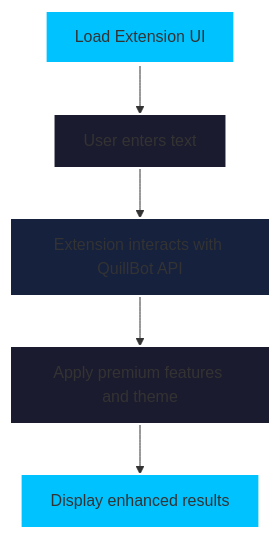
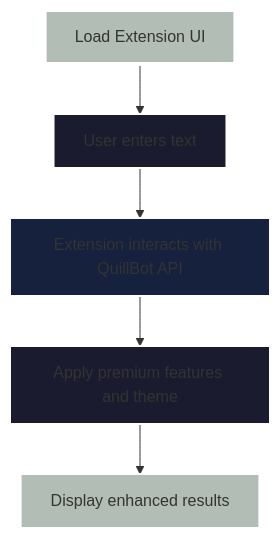
Before and after one commit to root60/QuillBotPremiumCracker: the diagram in README.md, drawn with Mermaid.

````diff
--- a/README.md
+++ b/README.md
@@ -69,12 +69,12 @@
 ```mermaid
 flowchart TD
     A[Load Extension UI] --> B[User enters text]
     B --> C[Extension interacts with QuillBot API]
     C --> D[Apply premium features and theme]
     D --> E[Display enhanced results]
-    style A fill:#00c2ff,stroke:#ffffff,stroke-width:4px;
+    style A fill:#B2BEB5,stroke:#ffffff,stroke-width:4px;
     style B fill:#1b1b2f,stroke:#ffffff,stroke-width:2px;
     style C fill:#16213e,stroke:#ffffff,stroke-width:2px;
     style D fill:#1b1b2f,stroke:#ffffff,stroke-width:2px;
-    style E fill:#00c2ff,stroke:#ffffff,stroke-width:2px;
+    style E fill:#B2BEB5,stroke:#ffffff,stroke-width:2px;
 ```
````
